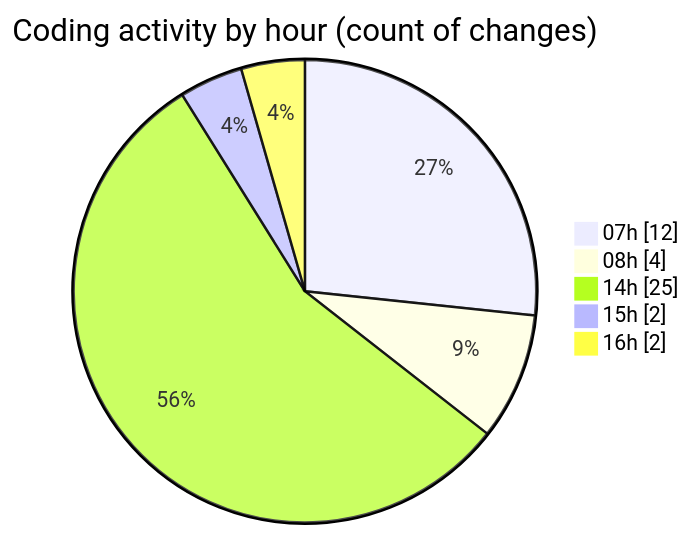
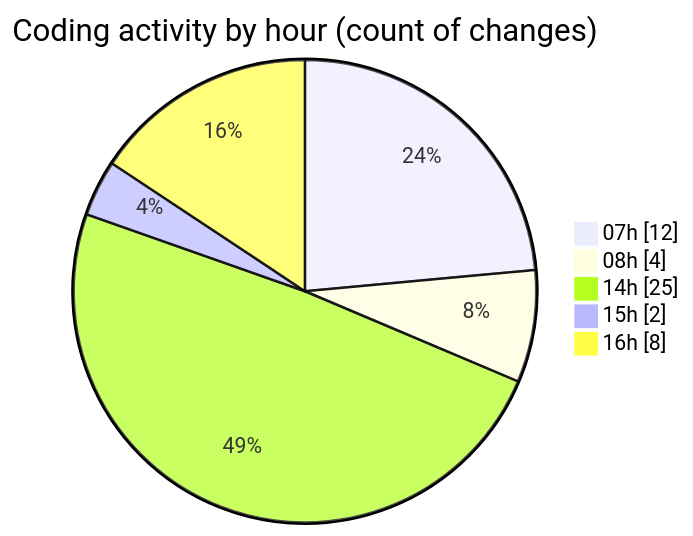
The second of 2 diagrams in 2025-01-09/mbc-web/README.md (robertbonfada/code-tracking), drawn with Mermaid before and after one commit. The commit also changed other lines of this file and 1 other file, not shown here.

````diff
--- a/2025-01-09/mbc-web/README.md
+++ b/2025-01-09/mbc-web/README.md
@@ -39,9 +39,9 @@
 ```mermaid
 pie showData
 title Coding activity by hour (count of changes)
 "07h" : 12
 "08h" : 4
 "14h" : 25
 "15h" : 2
-"16h" : 2
+"16h" : 8
 ```
````
